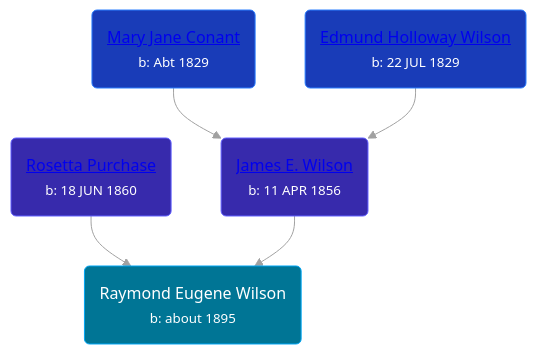
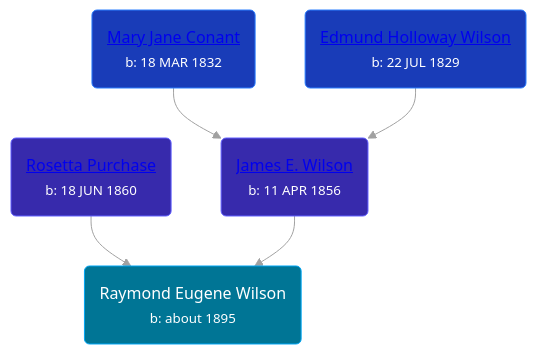
The diagram in pages/people/8/81165742.md (wpmgotkh/wpmgotkh.github.io), drawn with Mermaid before and after one commit. The commit also changed 257 other files, not shown here.

````diff
--- a/pages/people/8/81165742.md
+++ b/pages/people/8/81165742.md
@@ -10,12 +10,12 @@
 ```mermaid
 graph
 classDef grands fill:#193cb8,stroke:#2b7fff,stroke-width:1px,color:#fff;
 classDef parents fill:#372aac,stroke:#615fff,stroke-width:1px,color:#fff;
 classDef primary fill:#007595,stroke:#00a6f4,stroke-width:1px,color:#fff;
 81165742(Raymond Eugene Wilson<br /><small>b: about 1895</small>):::primary
 27770192(<a class="text-white" href="/people/2/27770192">Rosetta Purchase</a><br /><small>b: 18 JUN 1860</small>):::parents-->81165742
 54950695(<a class="text-white" href="/people/5/54950695">James E. Wilson</a><br /><small>b: 11 APR 1856</small>):::parents-->81165742
-27722232(<a class="text-white" href="/people/2/27722232">Mary Jane Conant</a><br /><small>b: Abt 1829</small>):::grands-->54950695
+27722232(<a class="text-white" href="/people/2/27722232">Mary Jane Conant</a><br /><small>b: 18 MAR 1832</small>):::grands-->54950695
 67777324(<a class="text-white" href="/people/6/67777324">Edmund Holloway Wilson</a><br /><small>b: 22 JUL 1829</small>):::grands-->54950695
 linkStyle default stroke:#a1a1a1
 ```
````
